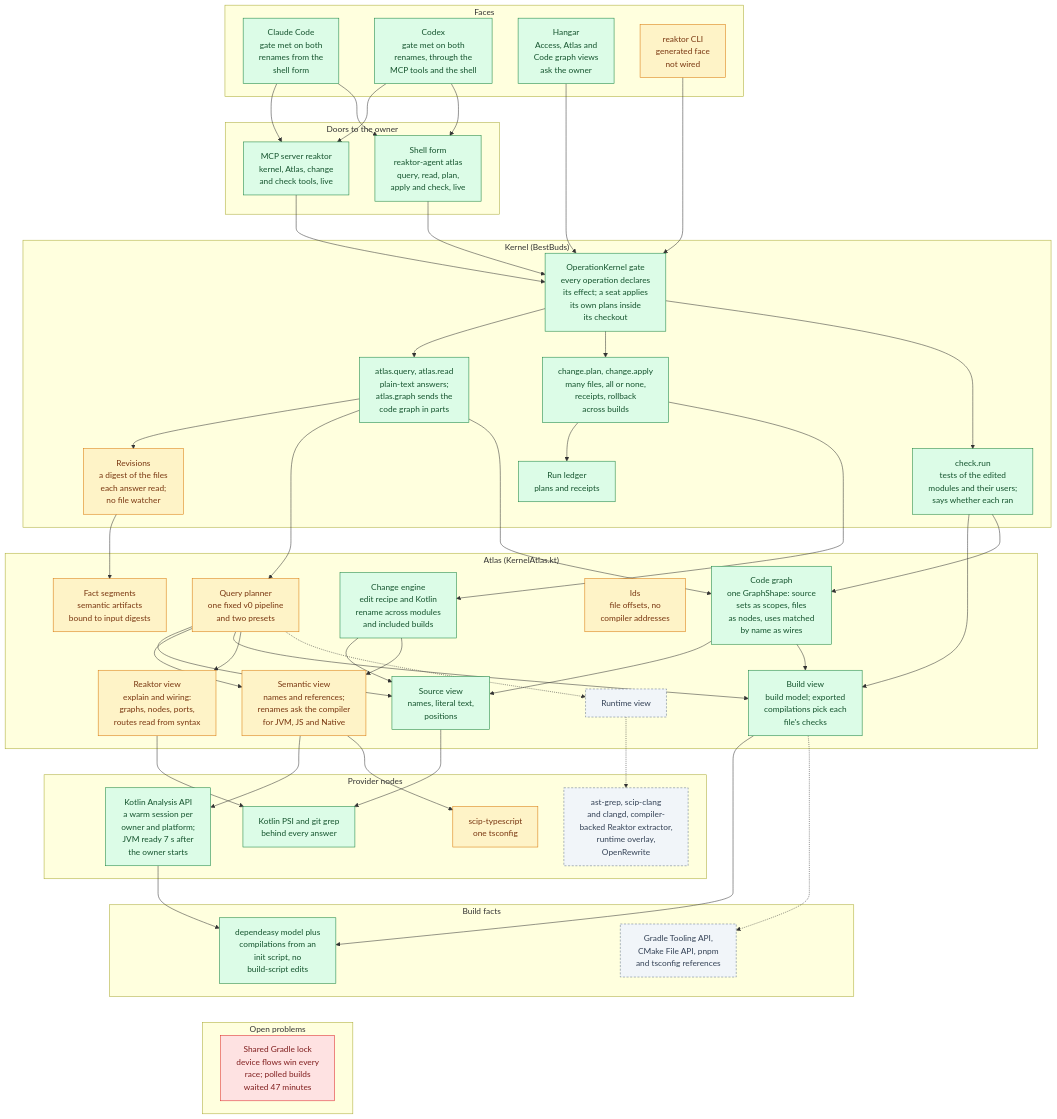
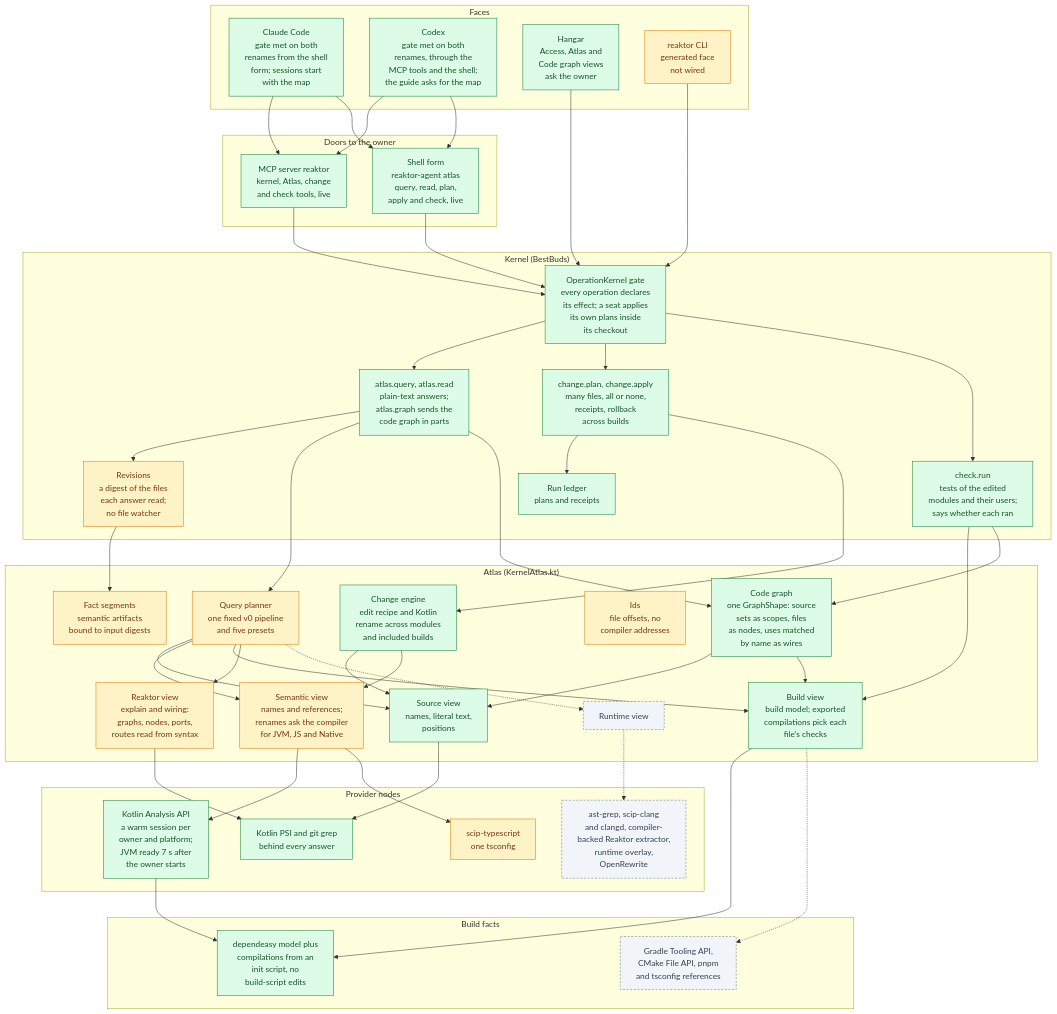
The first of 5 diagrams in plans/atlas-hld.md (shibasis0801/reaktor), drawn with Mermaid before and after one commit. The commit also changed other lines of this file and 2 other files, not shown here.

First line of the commit message:
Start Claude Code sessions with the Atlas map and record the presets

````diff
--- a/plans/atlas-hld.md
+++ b/plans/atlas-hld.md
@@ -21,8 +21,8 @@
 ```mermaid
 flowchart TB
     subgraph faces["Faces"]
-        claude["Claude Code<br/>gate met on both<br/>renames from the<br/>shell form"]
-        codex["Codex<br/>gate met on both<br/>renames, through the<br/>MCP tools and the shell"]
+        claude["Claude Code<br/>gate met on both<br/>renames from the shell<br/>form; sessions start<br/>with the map"]
+        codex["Codex<br/>gate met on both<br/>renames, through the<br/>MCP tools and the shell;<br/>the guide asks for the map"]
         hangar["Hangar<br/>Access, Atlas and<br/>Code graph views<br/>ask the owner"]
         cli["reaktor CLI<br/>generated face<br/>not wired"]
     end
@@ -39,7 +39,7 @@
         revisions["Revisions<br/>a digest of the files<br/>each answer read;<br/>no file watcher"]
     end
     subgraph atlasBox["Atlas (KernelAtlas.kt)"]
-        planner["Query planner<br/>one fixed v0 pipeline<br/>and two presets"]
+        planner["Query planner<br/>one fixed v0 pipeline<br/>and five presets"]
         engine["Change engine<br/>edit recipe and Kotlin<br/>rename across modules<br/>and included builds"]
         identity["Ids<br/>file offsets, no<br/>compiler addresses"]
         segments["Fact segments<br/>semantic artifacts<br/>bound to input digests"]
@@ -59,9 +59,6 @@
     subgraph buildFacts["Build facts"]
         dep["dependeasy model plus<br/>compilations from an<br/>init script, no<br/>build-script edits"]
         laterBuild["Gradle Tooling API,<br/>CMake File API, pnpm<br/>and tsconfig references"]
-    end
-    subgraph problems["Open problems"]
-        p2["Shared Gradle lock<br/>device flows win every<br/>race; polled builds<br/>waited 47 minutes"]
     end
     claude --> mcp
     claude --> shell
@@ -104,13 +101,11 @@
     buildView -.-> laterBuild
     psi ~~~ dep
     ts ~~~ laterBuild
-    dep ~~~ p2
     classDef live fill:#DCFCE7,stroke:#15803D,color:#14532D
     classDef partial fill:#FEF3C7,stroke:#D97706,color:#78350F
     classDef problem fill:#FEE2E2,stroke:#DC2626,color:#7F1D1D
     classDef later fill:#F1F5F9,stroke:#64748B,color:#334155,stroke-dasharray: 4 3
     class claude,codex,hangar,mcp,shell,gate,atlasOps,changeOps,checkRun,ledger,engine,sourceView,buildView,codeView,psi,kaa,dep live
     class cli,revisions,planner,identity,segments,semanticView,reaktorView,ts partial
-    class p2 problem
     class laterViews,laterProviders,laterBuild later
 ```
````
